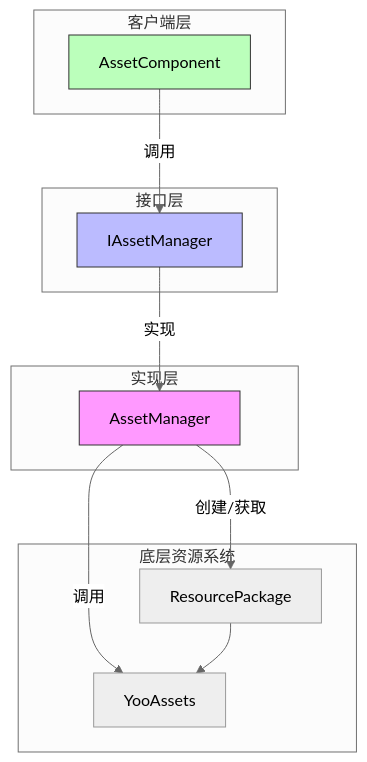
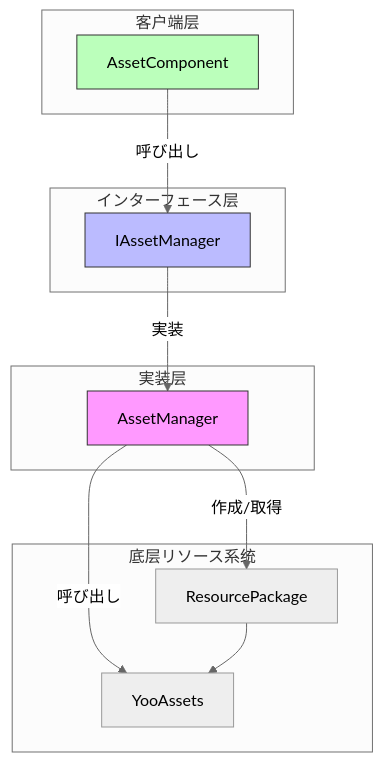
One commit to AlianBlank/GameFrameX.Docs changed the first of 2 diagrams in docs/ja/client/unity/component/asset/12.package-management.md. Above: the diagram before and after it, drawn with Mermaid (neutral theme). The commit also changed other lines of this file and 603 other files, not shown here.

````diff
--- a/docs/ja/client/unity/component/asset/12.package-management.md
+++ b/docs/ja/client/unity/component/asset/12.package-management.md
@@ -22,29 +22,29 @@
 ```mermaid
 flowchart TD
     subgraph Client["客户端层"]
         AC[AssetComponent]
     end
 
-    subgraph Interface["接口层"]
+    subgraph Interface["インターフェース层"]
         IAM[IAssetManager]
     end
 
-    subgraph Implementation["实现层"]
+    subgraph Implementation["実装层"]
         AM[AssetManager]
     end
 
-    subgraph YooAssets["底层资源系统"]
+    subgraph YooAssets["底层リソース系统"]
         RP[ResourcePackage]
         YA[YooAssets]
     end
 
-    AC -->|调用| IAM
-    IAM -->|实现| AM
-    AM -->|创建/获取| RP
-    AM -->|调用| YA
+    AC -->|呼び出し| IAM
+    IAM -->|実装| AM
+    AM -->|作成/取得| RP
+    AM -->|呼び出し| YA
     RP --> YA
 
     style AM fill:#f9f,stroke:#333
     style IAM fill:#bbf,stroke:#333
     style AC fill:#bfb,stroke:#333
 ```
````
